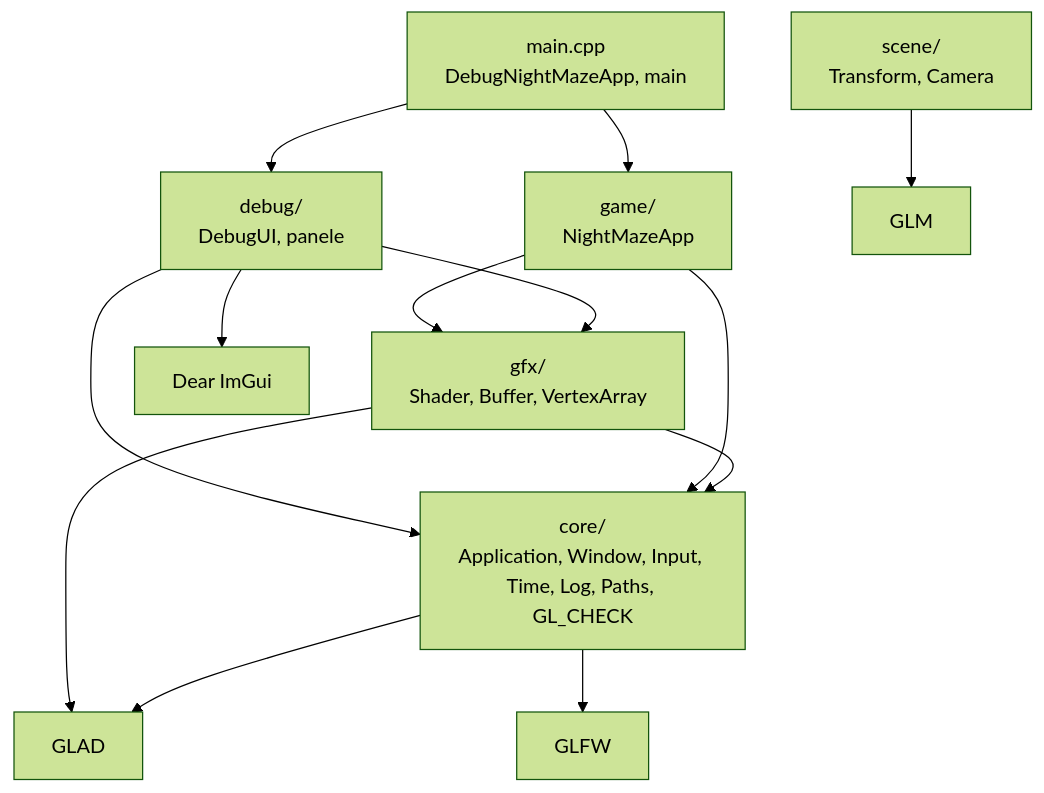
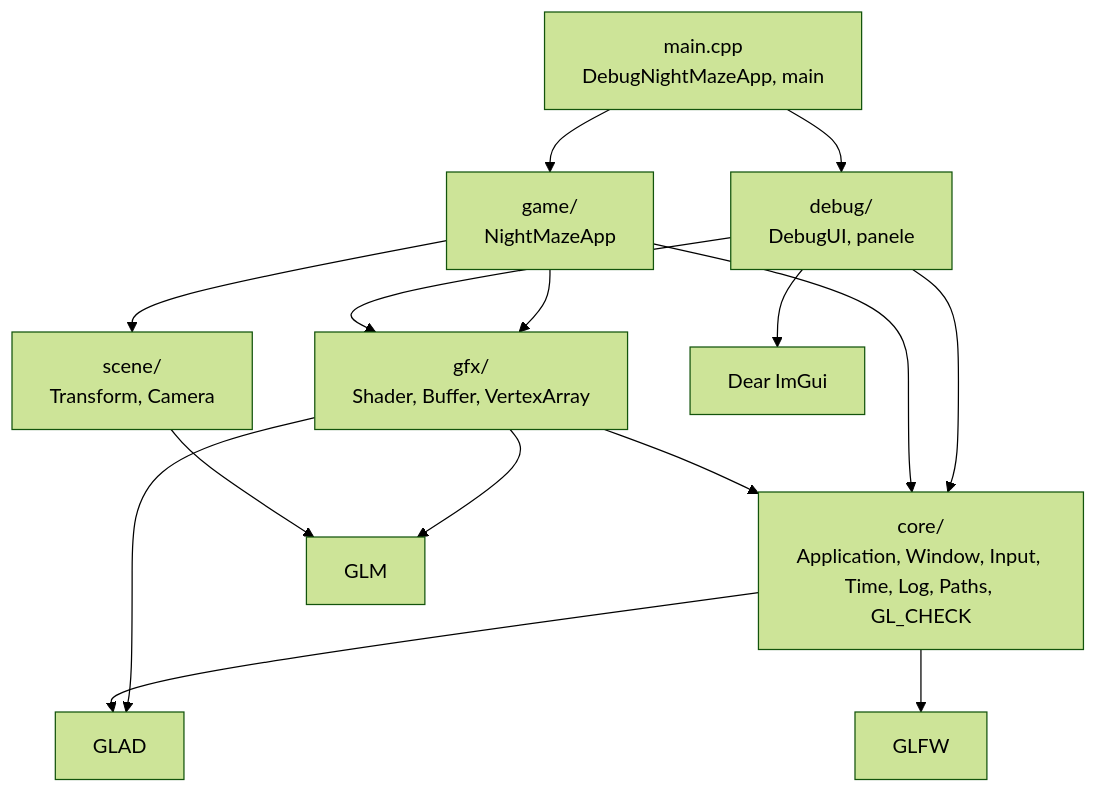
The diagram in docs/modules/scene/README.md (Shironex/night-maze), drawn with Mermaid (forest theme) before and after one commit. The commit also changed other lines of this file and 27 other files, not shown here.

````diff
--- a/docs/modules/scene/README.md
+++ b/docs/modules/scene/README.md
@@ -43,15 +43,17 @@
 ```mermaid
 flowchart TD
     Main["main.cpp<br/>DebugNightMazeApp, main"] --> Debug["debug/<br/>DebugUI, panele"]
     Main --> Game["game/<br/>NightMazeApp"]
     Debug --> Core["core/<br/>Application, Window, Input, Time, Log, Paths, GL_CHECK"]
     Game --> Core
     Game --> Gfx
     Debug --> Gfx
+    Game --> Scene
     Gfx["gfx/<br/>Shader, Buffer, VertexArray"] --> Core
+    Gfx --> Glm
     Scene["scene/<br/>Transform, Camera"] --> Glm["GLM"]
     Gfx --> Glad["GLAD"]
     Core --> Glad
     Core --> Glfw["GLFW"]
     Debug --> ImGui["Dear ImGui"]
 ```
````
